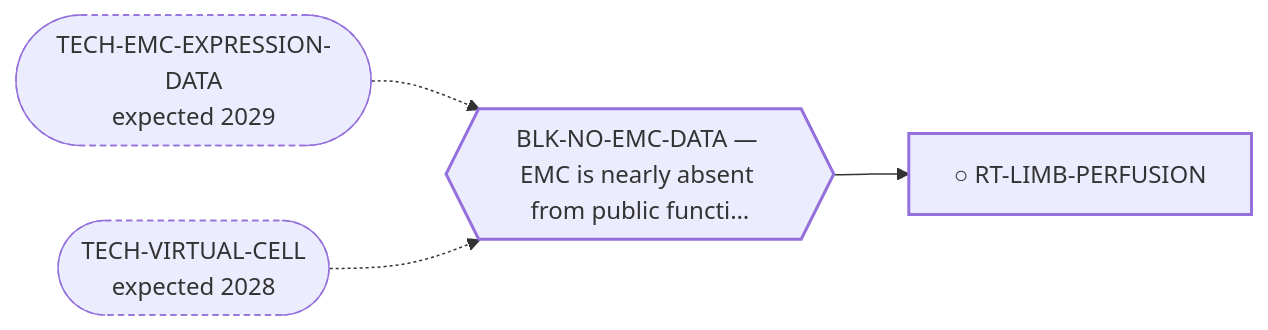
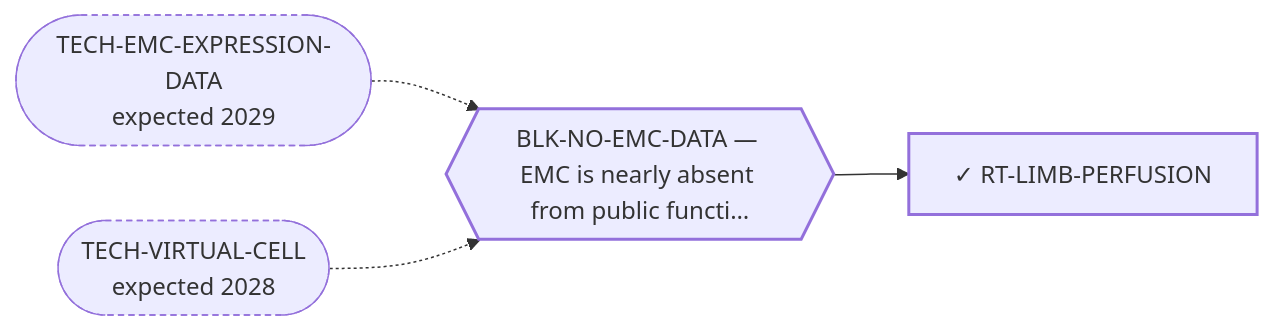
The diagram in systems/views/L2-rt-limb-perfusion.md (trimcrae/Rare-cancers), drawn with Mermaid before and after one commit. The commit also changed other lines of this file and 13 other files, not shown here.

````diff
--- a/systems/views/L2-rt-limb-perfusion.md
+++ b/systems/views/L2-rt-limb-perfusion.md
@@ -27,14 +27,14 @@
 ```mermaid
 flowchart LR
-  RT_LIMB_PERFUSION["○ RT-LIMB-PERFUSION"]:::fam
+  RT_LIMB_PERFUSION["✓ RT-LIMB-PERFUSION"]:::fam
   BLK_NO_EMC_DATA{{"BLK-NO-EMC-DATA — EMC is nearly absent from public functi…"}}:::blk
   BLK_NO_EMC_DATA --> RT_LIMB_PERFUSION
   TECH_EMC_EXPRESSION_DATA(["TECH-EMC-EXPRESSION-DATA<br/>expected 2029"]):::tech
   TECH_EMC_EXPRESSION_DATA -.-> BLK_NO_EMC_DATA
   TECH_VIRTUAL_CELL(["TECH-VIRTUAL-CELL<br/>expected 2028"]):::tech
   TECH_VIRTUAL_CELL -.-> BLK_NO_EMC_DATA
   classDef fam stroke-width:2px;
   classDef blk stroke-width:2px;
   classDef perm stroke-width:4px;
   classDef tech stroke-width:1px,stroke-dasharray:4 3;
 ```
````
